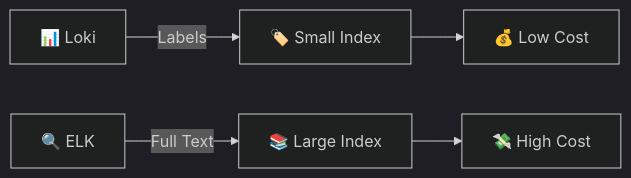
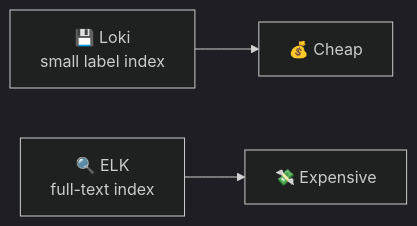
One commit to inno-devops-labs/DevOps-Core-Course changed the sixth of 10 diagrams in lectures/lec7.md. Above: the diagram before and after it, drawn with Mermaid (dark theme). The commit also changed other lines of this file and 24 other files, not shown here.

````diff
--- a/lectures/lec7.md
+++ b/lectures/lec7.md
@@ -287,7 +194,5 @@
 ```mermaid
 flowchart LR
-  Loki[📊 Loki] -->|Labels| Index1[🏷️ Small Index]
-  ELK[🔍 ELK] -->|Full Text| Index2[📚 Large Index]
-  Index1 --> Cost1[💰 Low Cost]
-  Index2 --> Cost2[💸 High Cost]
+  Loki[💾 Loki<br/>small label index] --> Cheap[💰 Cheap]
+  ELK[🔍 ELK<br/>full-text index] --> Expensive[💸 Expensive]
 ```
````
